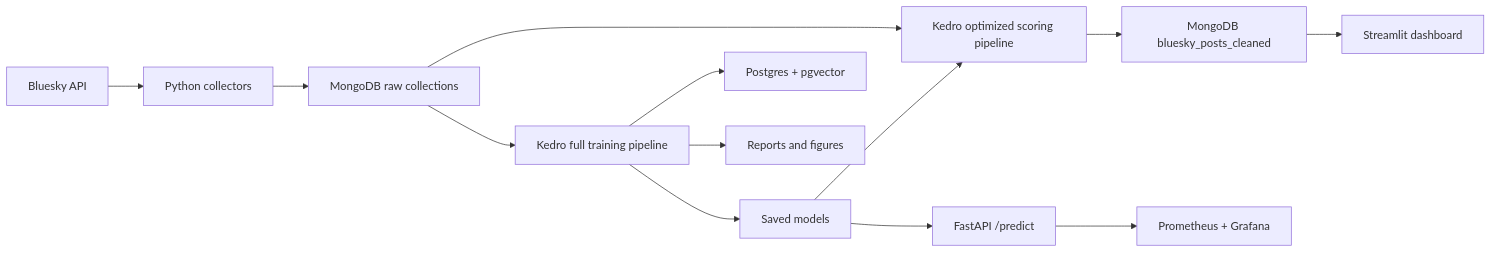
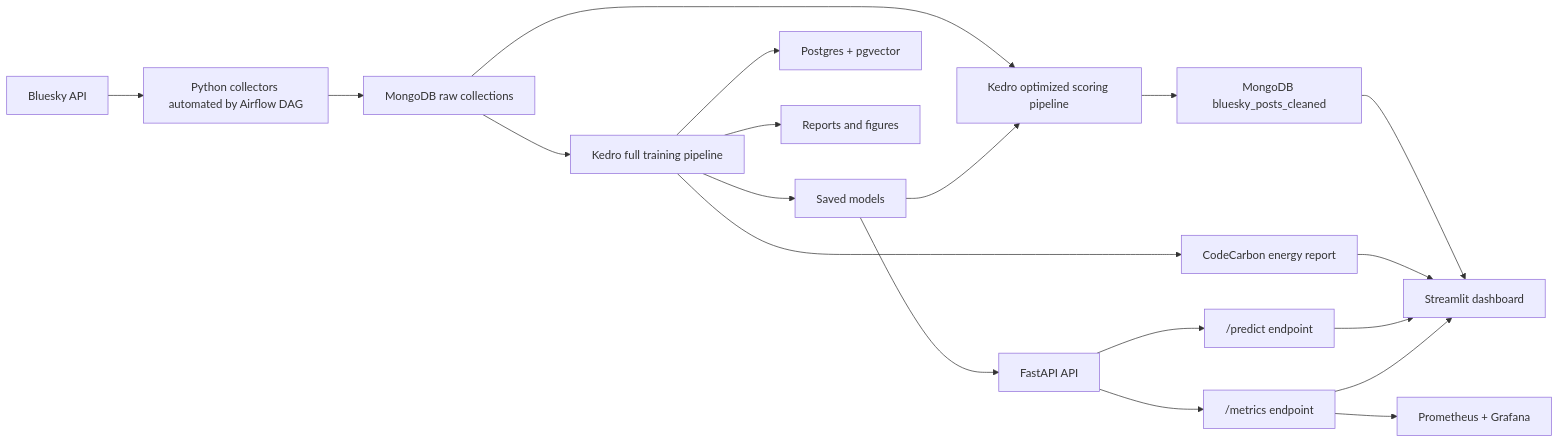
The first of 5 diagrams in README.md (lunelys/fake-news-detector), drawn with Mermaid before and after one commit. The commit also changed other lines of this file and 2 other files, not shown here.

Commit message:
Minor changes and corrections

````diff
--- a/README.md
+++ b/README.md
@@ -15,15 +15,22 @@
 ```mermaid
 flowchart LR
-  A["Bluesky API"] --> B["Python collectors"]
+  B["Python collectors automated by Airflow DAG"]
+  A["Bluesky API"] --> B
   B --> C["MongoDB raw collections"]
   C --> D["Kedro full training pipeline"]
   C --> E["Kedro optimized scoring pipeline"]
   D --> F["Saved models"]
   F --> E
   D --> G["Postgres + pgvector"]
   D --> H["Reports and figures"]
+  D --> Q["CodeCarbon energy report"]
   E --> I["MongoDB bluesky_posts_cleaned"]
   I --> J["Streamlit dashboard"]
-  F --> K["FastAPI /predict"]
-  K --> L["Prometheus + Grafana"]
+  Q --> J
+  F --> K["FastAPI API"]
+  K --> P["/predict endpoint"]
+  P --> J
+  K --> L["/metrics endpoint"]
+  L --> J
+  L --> M["Prometheus + Grafana"]
 ```
````
